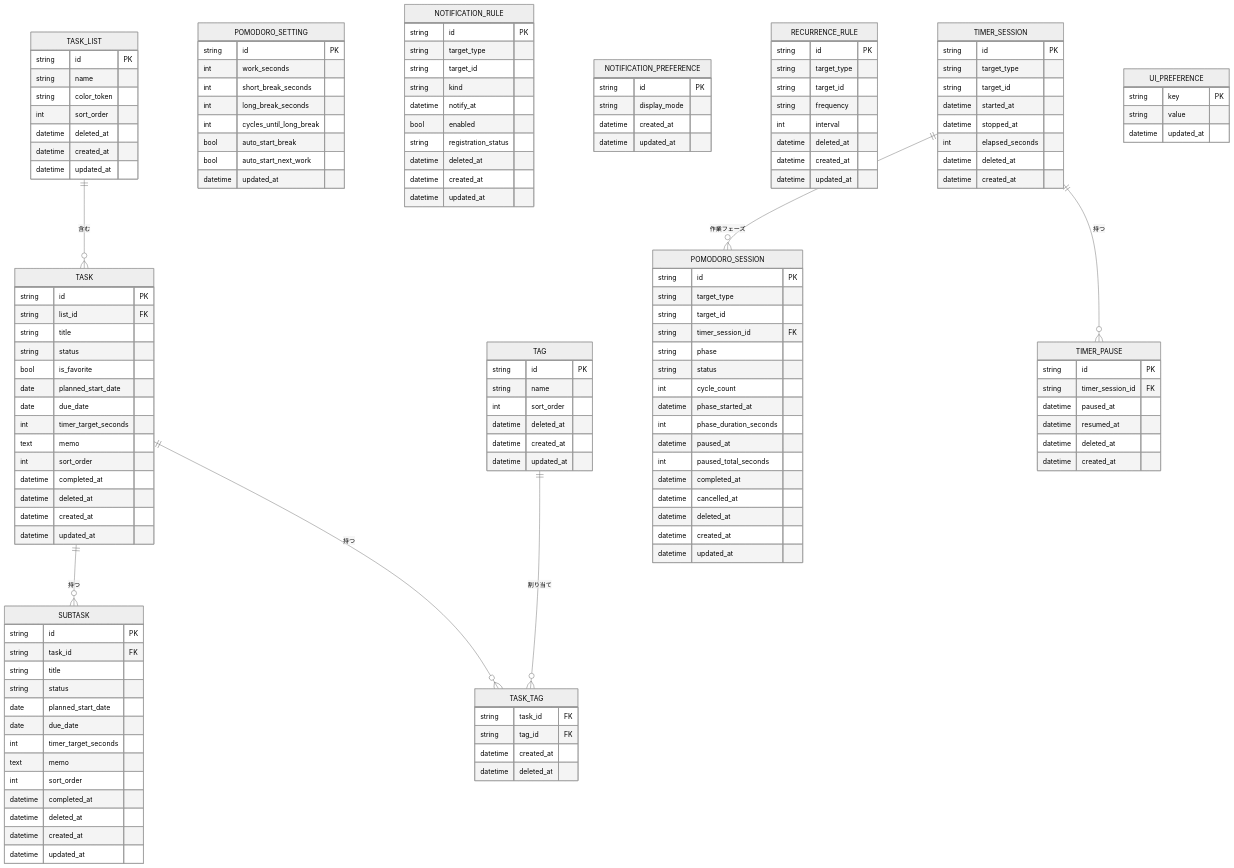
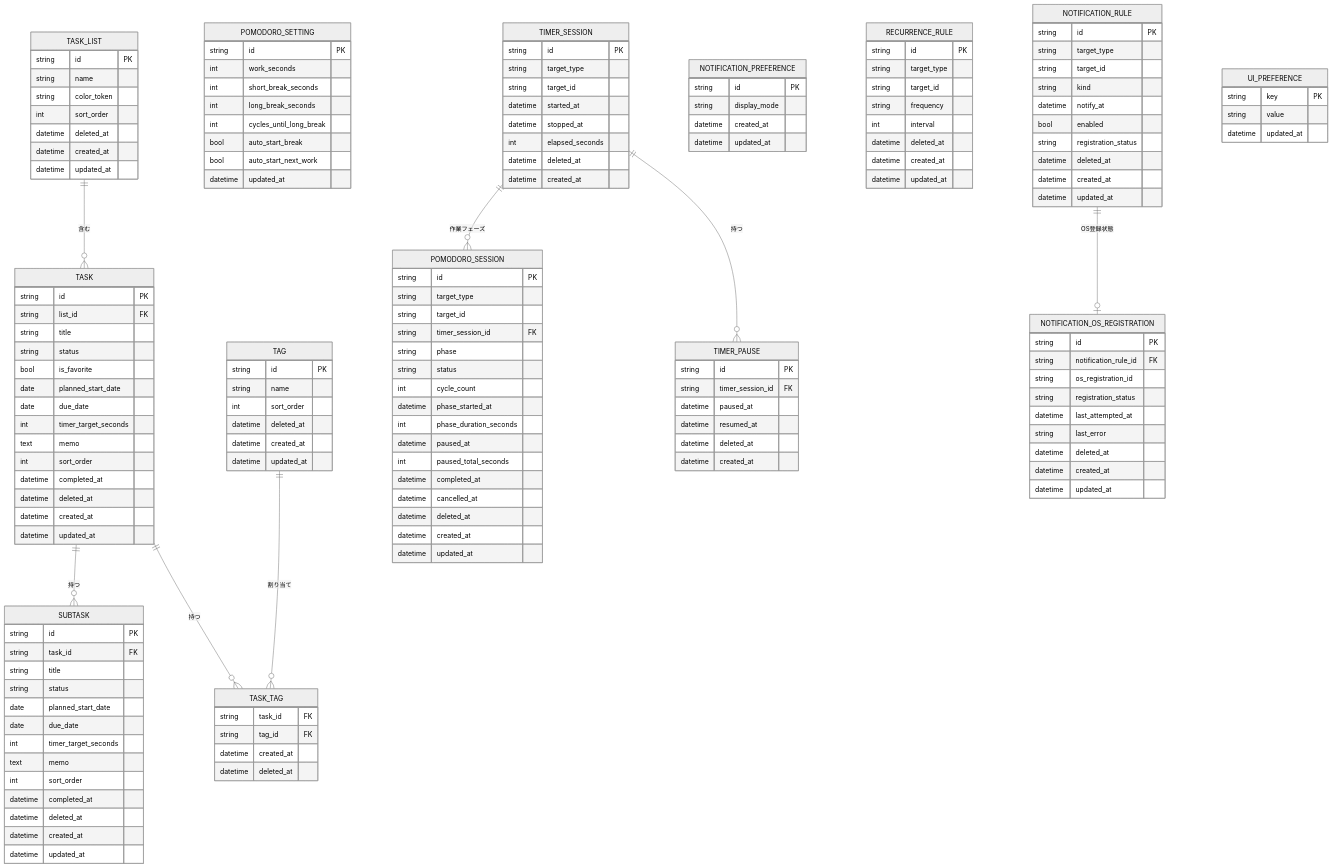
The first of 2 diagrams in docs/domain-model.md (yt-hsgw/TaskTimer), drawn with Mermaid (neutral theme) before and after one commit. The commit also changed 14 other files, not shown here.

Commit message:
Add notification OS registration state (#122)

````diff
--- a/docs/domain-model.md
+++ b/docs/domain-model.md
@@ -116,6 +116,18 @@
     datetime updated_at
   }
 
+  NOTIFICATION_OS_REGISTRATION {
+    string id PK
+    string notification_rule_id FK
+    string os_registration_id
+    string registration_status
+    datetime last_attempted_at
+    string last_error
+    datetime deleted_at
+    datetime created_at
+    datetime updated_at
+  }
+
   NOTIFICATION_PREFERENCE {
     string id PK
     string display_mode
@@ -156,4 +168,5 @@
   TASK ||--o{ SUBTASK : 持つ
   TIMER_SESSION ||--o{ TIMER_PAUSE : 持つ
   TIMER_SESSION ||--o{ POMODORO_SESSION : 作業フェーズ
+  NOTIFICATION_RULE ||--o| NOTIFICATION_OS_REGISTRATION : OS登録状態
 ```
````
